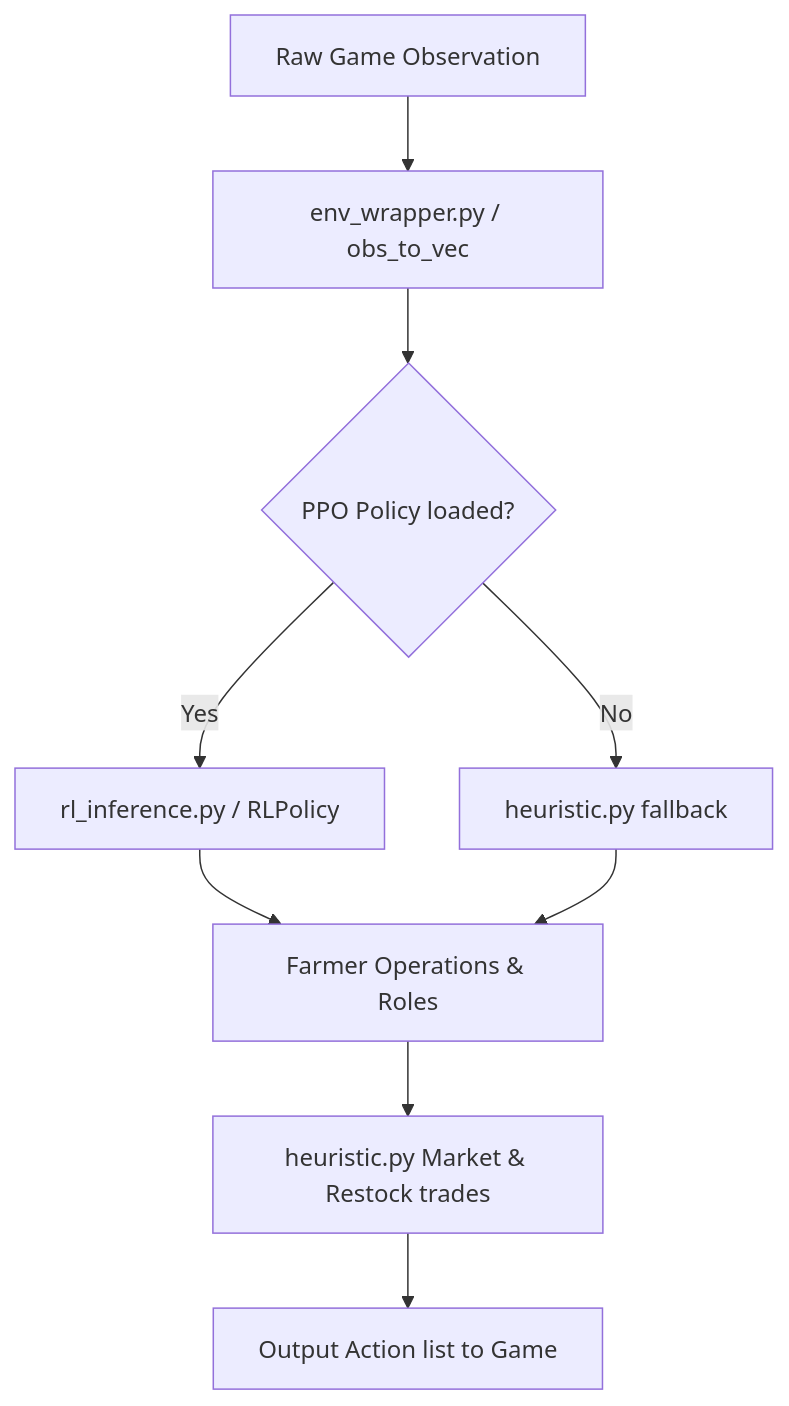
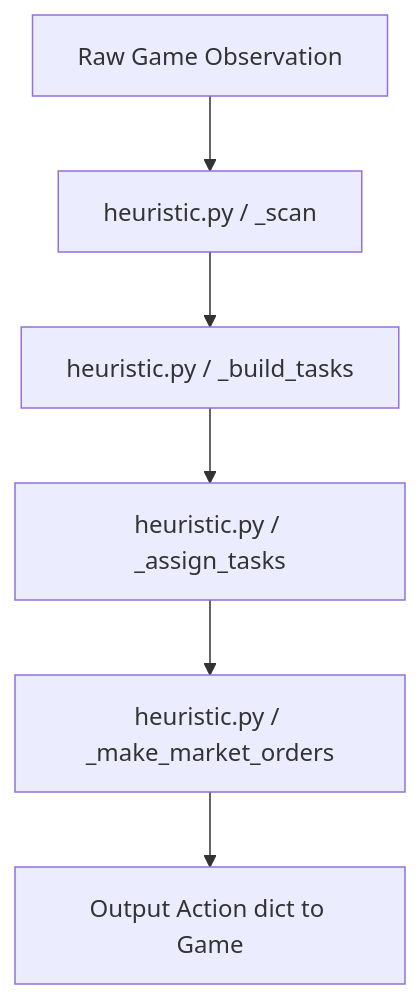
Before and after one commit to thiskartikey/KaggricultureAgent2: the diagram in instructions/brain.md, drawn with Mermaid. The commit also changed other lines of this file and 5 other files, not shown here.

Commit message:
Optimize directory, update instructions for pure heuristic strategy, and slim build submission

````diff
--- a/instructions/brain.md
+++ b/instructions/brain.md
@@ -11,11 +9,8 @@
 ```mermaid
 graph TD
-    Obs[Raw Game Observation] --> Wrap[env_wrapper.py / obs_to_vec]
-    Wrap --> Policy{PPO Policy loaded?}
-    Policy -->|Yes| RL[rl_inference.py / RLPolicy]
-    Policy -->|No| Heur[heuristic.py fallback]
-    RL --> Action[Farmer Operations & Roles]
-    Heur --> Action
-    Action --> Market[heuristic.py Market & Restock trades]
-    Market --> Output[Output Action list to Game]
+    Obs[Raw Game Observation] --> Scan[heuristic.py / _scan]
+    Scan --> BuildTasks[heuristic.py / _build_tasks]
+    BuildTasks --> AssignTasks[heuristic.py / _assign_tasks]
+    AssignTasks --> MarketOrders[heuristic.py / _make_market_orders]
+    MarketOrders --> Output[Output Action dict to Game]
 ```
````
